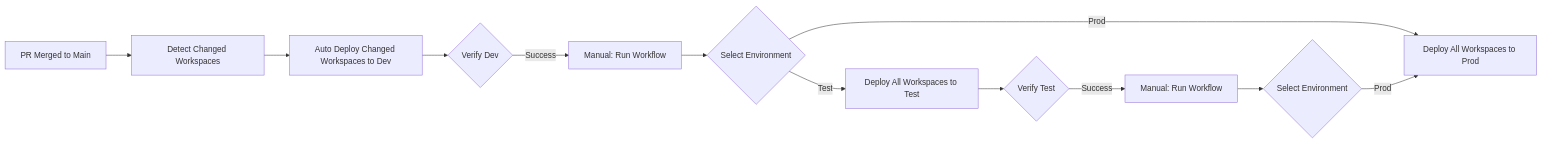
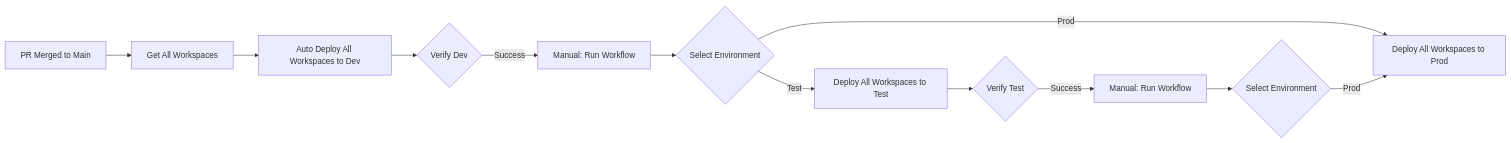
The diagram in README.md (dc-floriangaerner/fabric-cicd), drawn with Mermaid before and after one commit. The commit also changed other lines of this file and 3 other files, not shown here.

````diff
--- a/README.md
+++ b/README.md
@@ -188,14 +185,14 @@
 ```mermaid
 graph LR
-    A[PR Merged to Main] --> B[Detect Changed Workspaces]
-    B --> C[Auto Deploy Changed Workspaces to Dev]
+    A[PR Merged to Main] --> B[Get All Workspaces]
+    B --> C[Auto Deploy All Workspaces to Dev]
     C --> D{Verify Dev}
     D -->|Success| E[Manual: Run Workflow]
     E --> F{Select Environment}
     F -->|Test| G[Deploy All Workspaces to Test]
     F -->|Prod| H[Deploy All Workspaces to Prod]
     G --> I{Verify Test}
     I -->|Success| J[Manual: Run Workflow]
     J --> K{Select Environment}
     K -->|Prod| H
 ```
````
